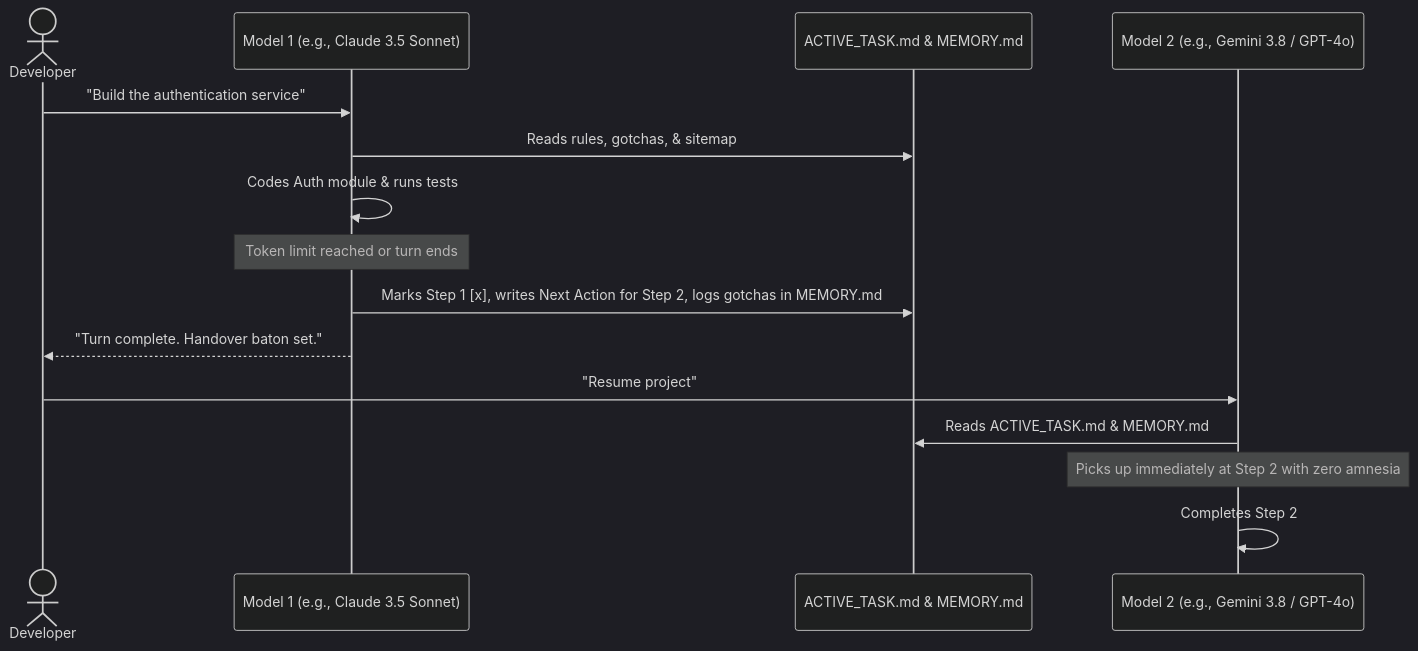
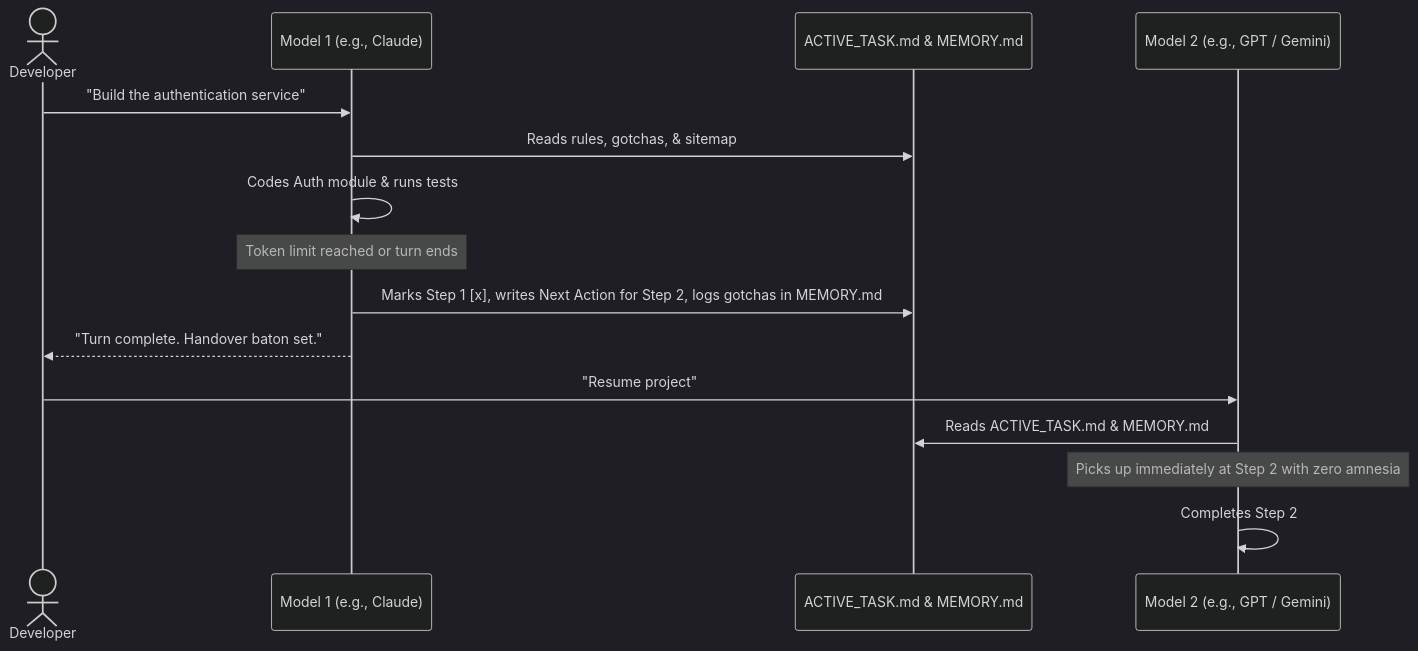
Before and after one commit to PSTRADE12/FirstSpark: the second of 2 diagrams in README.md, drawn with Mermaid (dark theme). The commit also changed other lines of this file and 1 other file, not shown here.

Commit message:
docs: use provider names instead of pinned model versions

````diff
--- a/README.md
+++ b/README.md
@@ -120,19 +120,19 @@
 ```mermaid
 sequenceDiagram
     actor Developer as Developer
-    participant Agent1 as Model 1 (e.g., Claude 3.5 Sonnet)
+    participant Agent1 as Model 1 (e.g., Claude)
     participant Relay as ACTIVE_TASK.md & MEMORY.md
-    participant Agent2 as Model 2 (e.g., Gemini 3.8 / GPT-4o)
+    participant Agent2 as Model 2 (e.g., GPT / Gemini)
 
     Developer->>Agent1: "Build the authentication service"
     Agent1->>Relay: Reads rules, gotchas, & sitemap
     Agent1->>Agent1: Codes Auth module & runs tests
     Note over Agent1: Token limit reached or turn ends
     Agent1->>Relay: Marks Step 1 [x], writes Next Action for Step 2, logs gotchas in MEMORY.md
     Agent1-->>Developer: "Turn complete. Handover baton set."
 
     Developer->>Agent2: "Resume project"
     Agent2->>Relay: Reads ACTIVE_TASK.md & MEMORY.md
     Note over Agent2: Picks up immediately at Step 2 with zero amnesia
     Agent2->>Agent2: Completes Step 2
 ```
````
